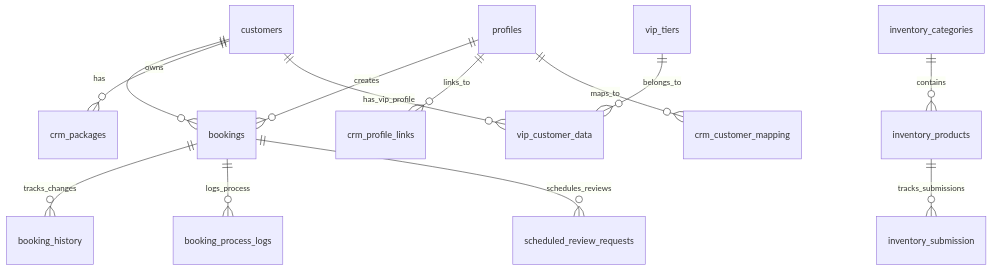
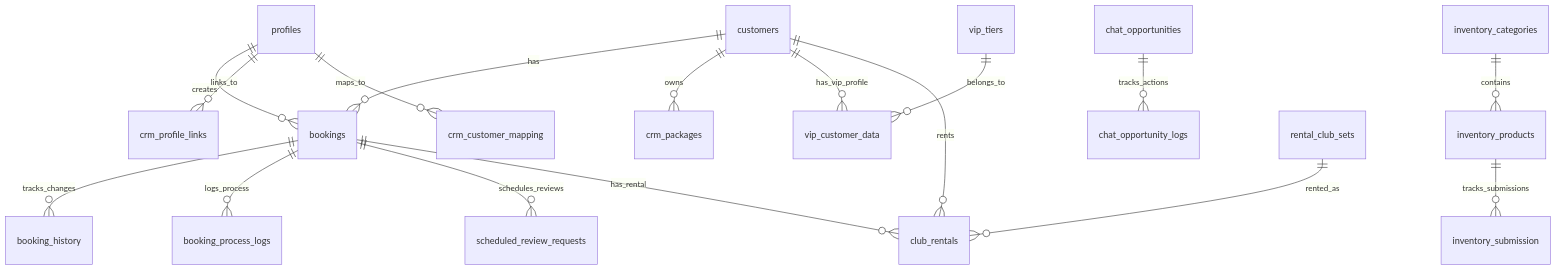
One commit to david2928/lengolf-forms changed the diagram in docs/database/PUBLIC_SCHEMA_DOCUMENTATION.md. Above: the diagram before and after it, drawn with Mermaid. The commit also changed other lines of this file and 29 other files, not shown here.

````diff
--- a/docs/database/PUBLIC_SCHEMA_DOCUMENTATION.md
+++ b/docs/database/PUBLIC_SCHEMA_DOCUMENTATION.md
@@ -16,15 +16,19 @@
 ```mermaid
 erDiagram
     profiles ||--o{ bookings : "creates"
     customers ||--o{ bookings : "has"
     customers ||--o{ crm_packages : "owns"
     profiles ||--o{ crm_profile_links : "links_to"
     customers ||--o{ vip_customer_data : "has_vip_profile"
     vip_tiers ||--o{ vip_customer_data : "belongs_to"
     bookings ||--o{ booking_history : "tracks_changes"
     bookings ||--o{ booking_process_logs : "logs_process"
     bookings ||--o{ scheduled_review_requests : "schedules_reviews"
     inventory_categories ||--o{ inventory_products : "contains"
     inventory_products ||--o{ inventory_submission : "tracks_submissions"
     profiles ||--o{ crm_customer_mapping : "maps_to"
+    chat_opportunities ||--o{ chat_opportunity_logs : "tracks_actions"
+    rental_club_sets ||--o{ club_rentals : "rented_as"
+    bookings ||--o{ club_rentals : "has_rental"
+    customers ||--o{ club_rentals : "rents"
 ```
````
